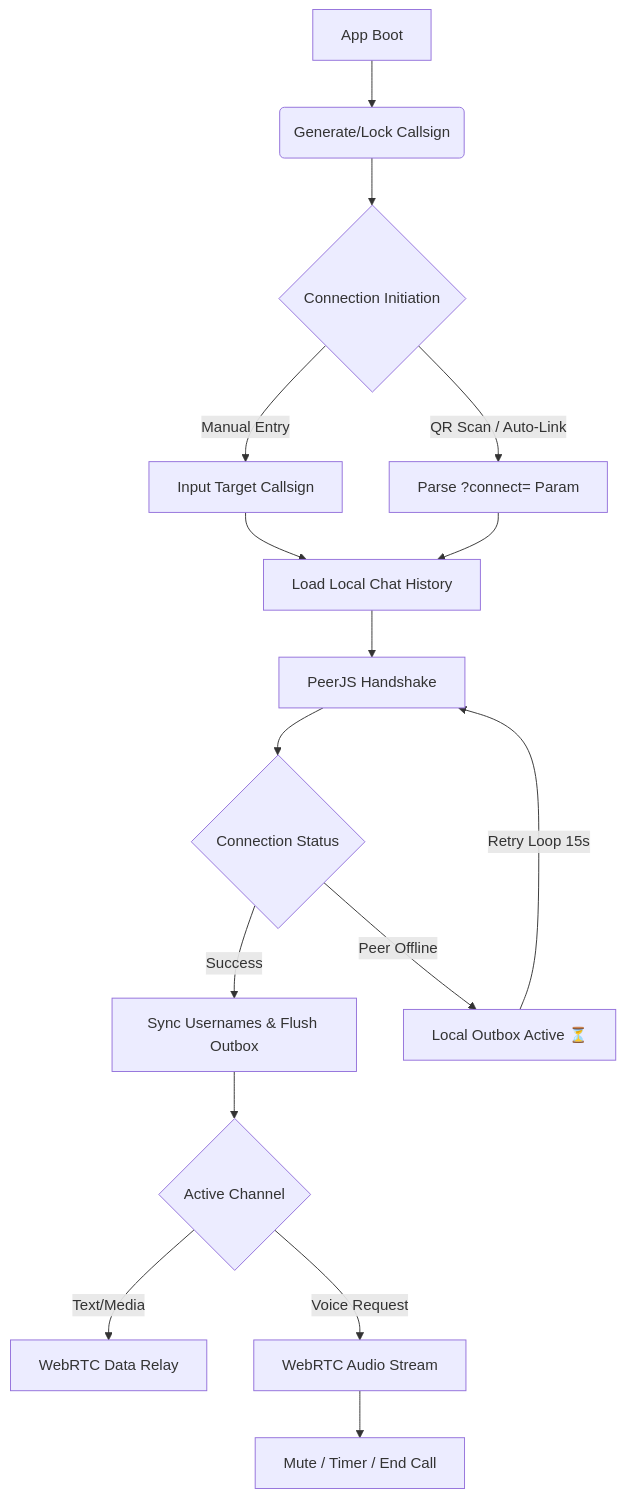
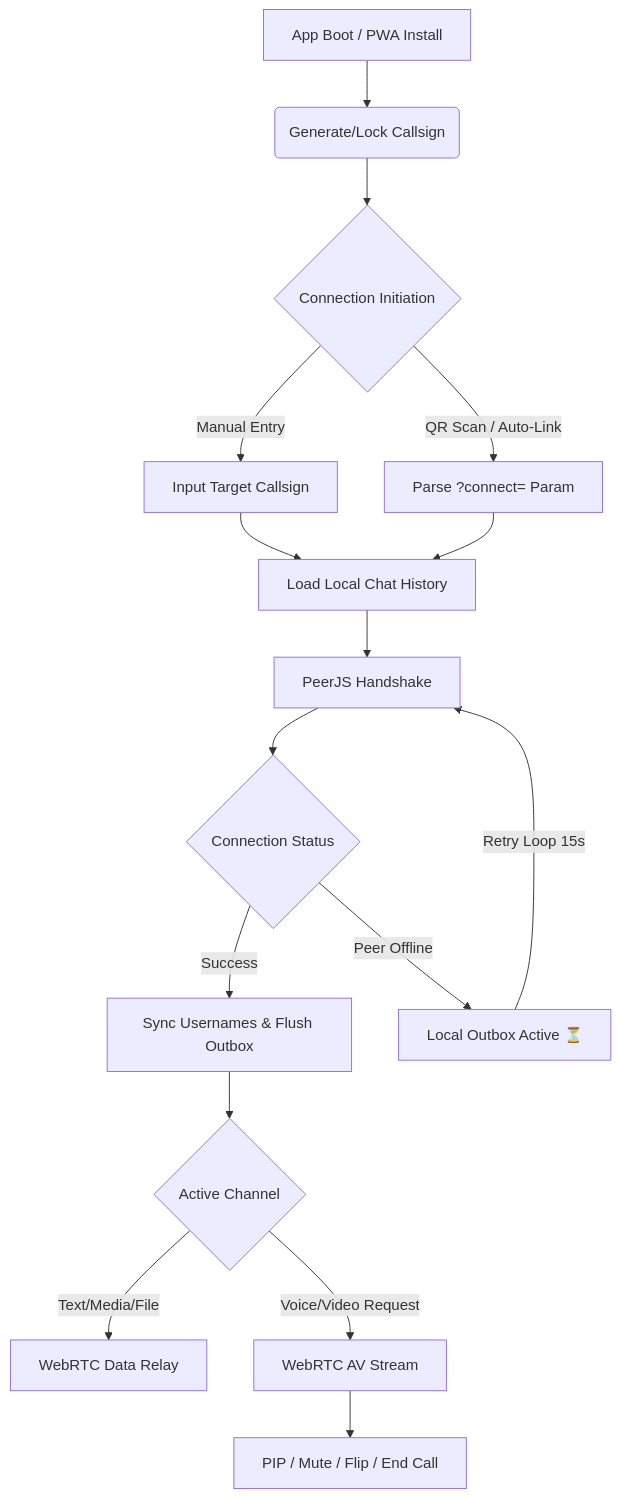
Before and after one commit to TejUzumaki/Direct-drop-p2p: the diagram in README.md, drawn with Mermaid. The commit also changed other lines of this file, not shown here.

````diff
--- a/README.md
+++ b/README.md
@@ -50,18 +61,18 @@
 ```mermaid
 flowchart TD
-    A[App Boot] --> B(Generate/Lock Callsign)
+    A[App Boot / PWA Install] --> B(Generate/Lock Callsign)
     B --> C{Connection Initiation}
     C -->|Manual Entry| D[Input Target Callsign]
     C -->|QR Scan / Auto-Link| E[Parse ?connect= Param]
     D --> F[Load Local Chat History]
     E --> F
     F --> G[PeerJS Handshake]
     G --> H{Connection Status}
     H -->|Success| I[Sync Usernames & Flush Outbox]
     H -->|Peer Offline| J[Local Outbox Active ⏳]
     J -->|Retry Loop 15s| G
     I --> K{Active Channel}
-    K -->|Text/Media| L[WebRTC Data Relay]
-    K -->|Voice Request| M[WebRTC Audio Stream]
-    M --> N[Mute / Timer / End Call]
+    K -->|Text/Media/File| L[WebRTC Data Relay]
+    K -->|Voice/Video Request| M[WebRTC AV Stream]
+    M --> N[PIP / Mute / Flip / End Call]
 ```
````
